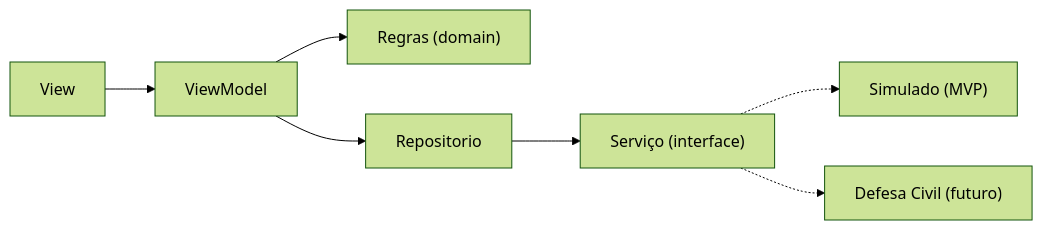
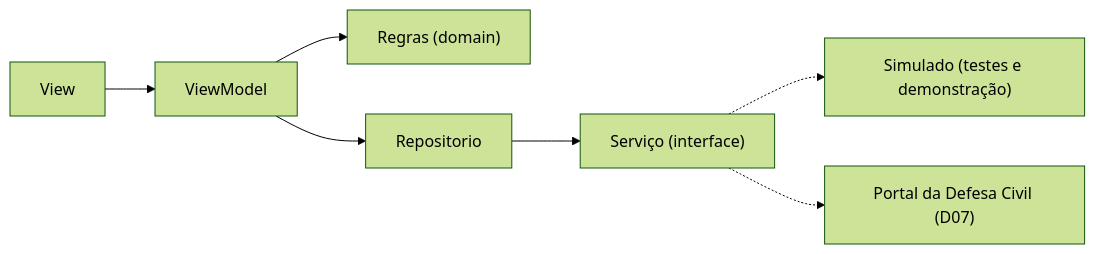
Before and after one commit to C4v4lc4ntt/alerta-cheia-itajai: the diagram in README.md, drawn with Mermaid (forest theme). The commit also changed other lines of this file, not shown here.

````diff
--- a/README.md
+++ b/README.md
@@ -32,7 +32,7 @@
 ```mermaid
 flowchart LR
   View --> ViewModel --> Regras["Regras (domain)"]
   ViewModel --> Repositorio --> Servico["Serviço (interface)"]
-  Servico -.-> Simulado["Simulado (MVP)"]
-  Servico -.-> DefesaCivil["Defesa Civil (futuro)"]
+  Servico -.-> Simulado["Simulado (testes e demonstração)"]
+  Servico -.-> DefesaCivil["Portal da Defesa Civil (D07)"]
 ```
````
